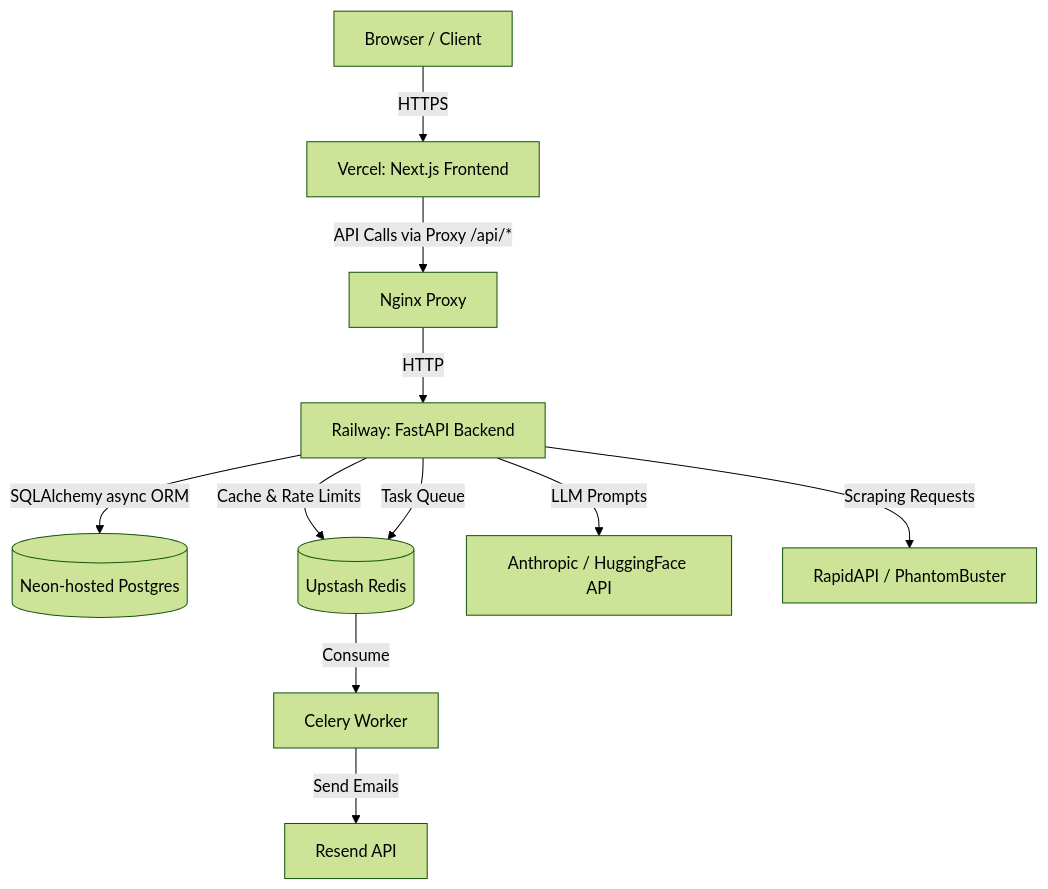
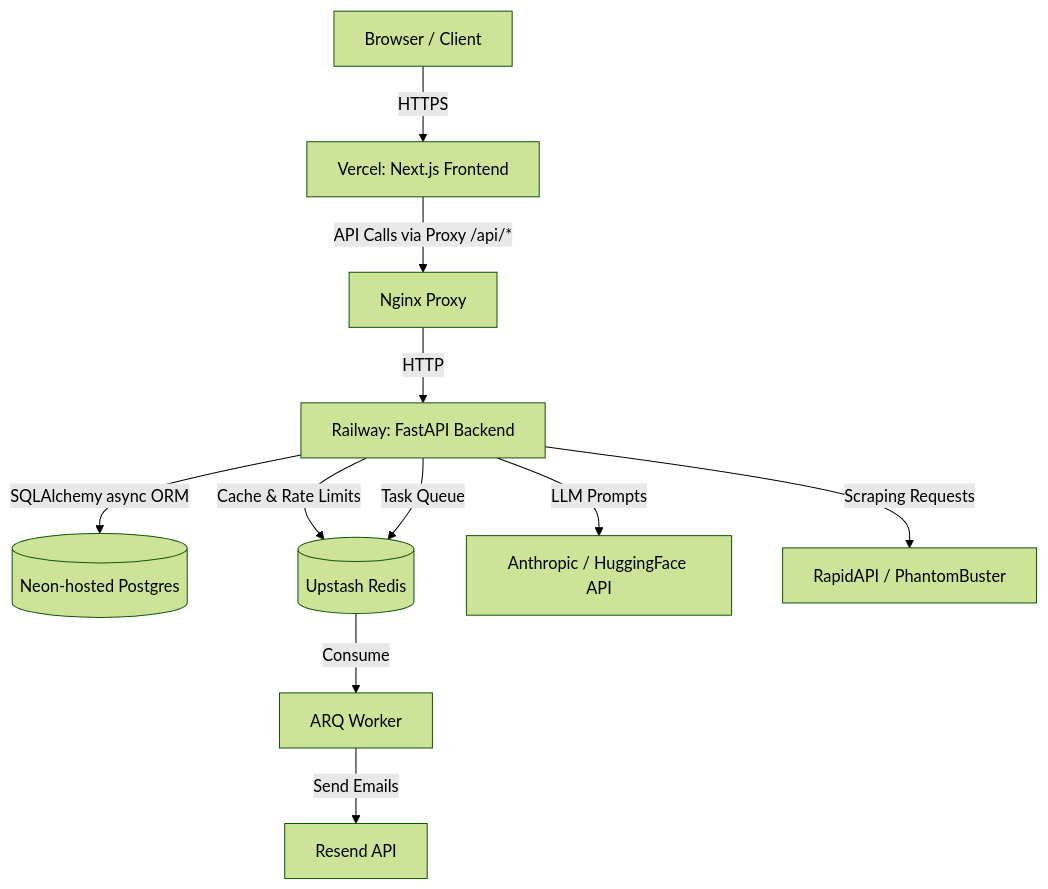
Before and after one commit to s4nkar/JobNok-ai-job-search-automation-platform: the diagram in docs/architecture.md, drawn with Mermaid (forest theme). The commit also changed other lines of this file and 24 other files, not shown here.

Commit message:
refactor: Migrate bulk-email from Celery to ARQ

````diff
--- a/docs/architecture.md
+++ b/docs/architecture.md
@@ -7,13 +7,13 @@
 ```mermaid
 graph TD
     Client[Browser / Client] --> |HTTPS| Vercel[Vercel: Next.js Frontend]
     Vercel --> |API Calls via Proxy /api/*| Nginx[Nginx Proxy]
     Nginx --> |HTTP| FastAPI[Railway: FastAPI Backend]
     FastAPI --> |SQLAlchemy async ORM| Neon[(Neon-hosted Postgres)]
     FastAPI --> |Cache & Rate Limits| Redis[(Upstash Redis)]
     FastAPI --> |Task Queue| Redis
-    Redis --> |Consume| Celery[Celery Worker]
-    Celery --> |Send Emails| Resend[Resend API]
+    Redis --> |Consume| ARQ[ARQ Worker]
+    ARQ --> |Send Emails| Resend[Resend API]
     FastAPI --> |LLM Prompts| AI[Anthropic / HuggingFace API]
     FastAPI --> |Scraping Requests| RapidAPI[RapidAPI / PhantomBuster]
 ```
````
